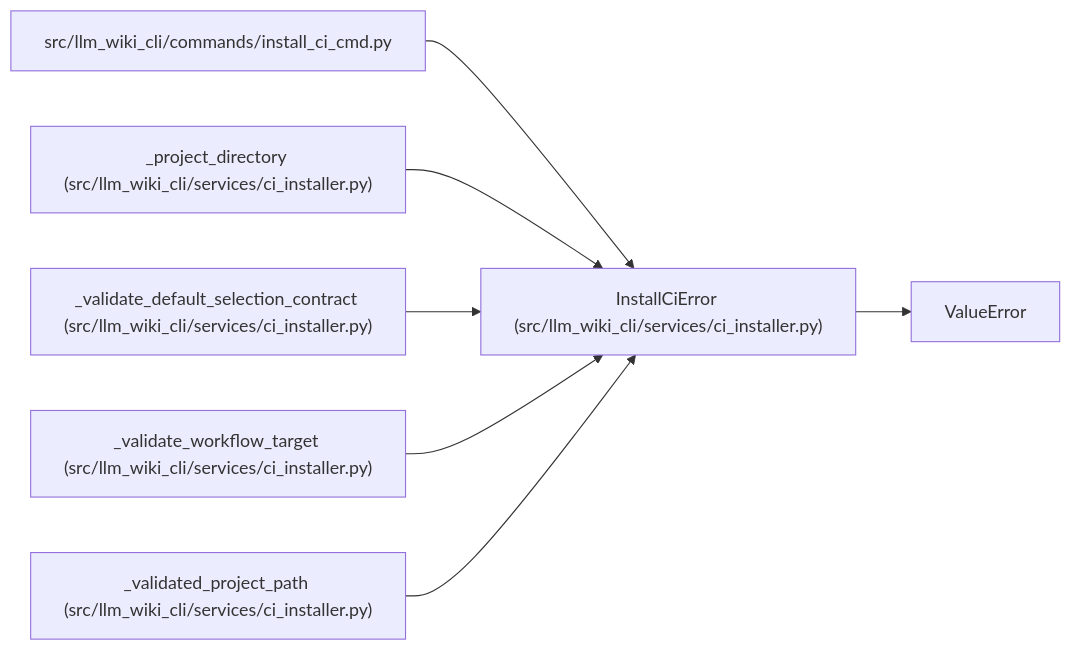
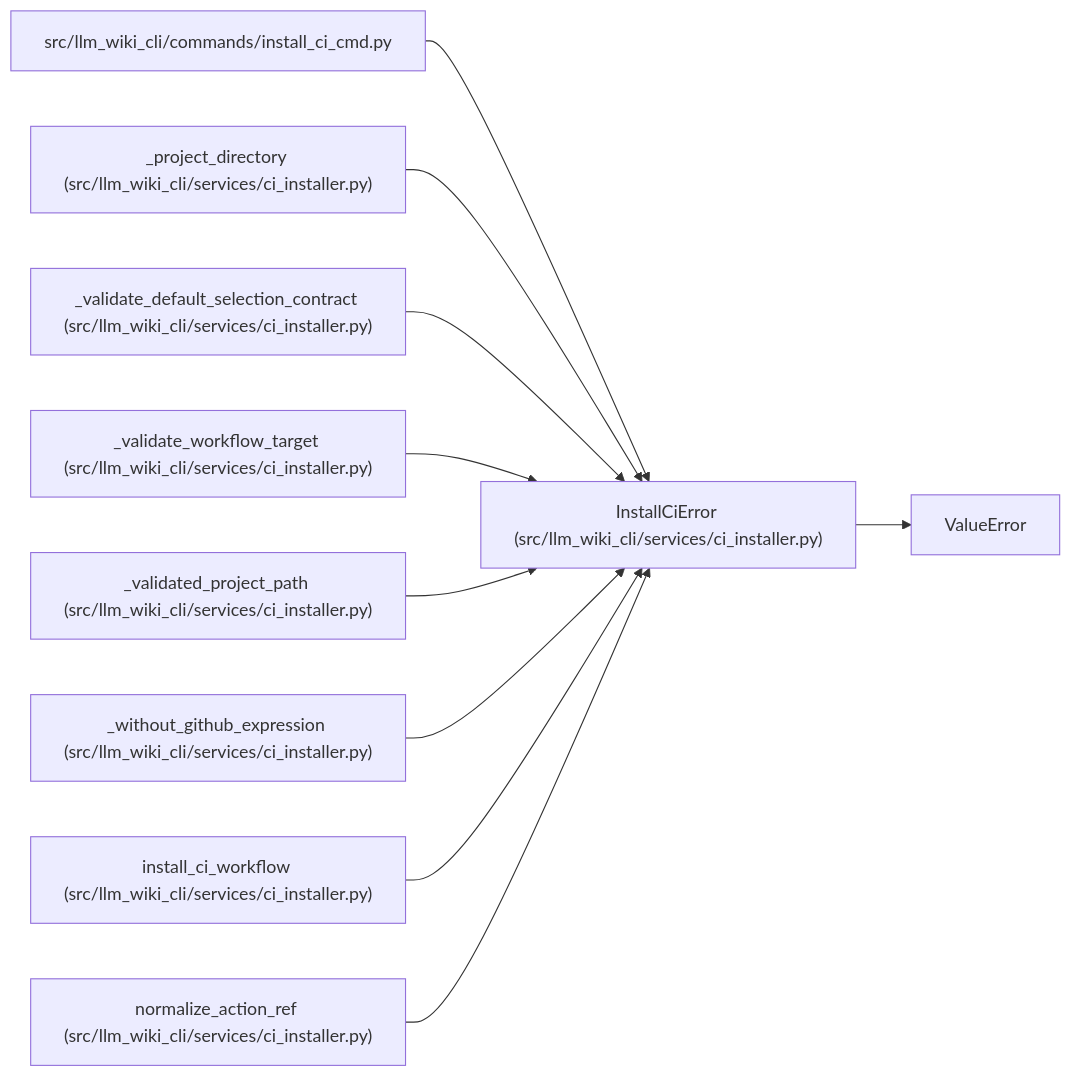
Before and after one commit to Denissvgn/python-wiki-llm: the diagram in docs/llm_wiki/entities/InstallCiError.md, drawn with Mermaid. The commit also changed other lines of this file and 493 other files, not shown here.

````diff
--- a/docs/llm_wiki/entities/InstallCiError.md
+++ b/docs/llm_wiki/entities/InstallCiError.md
@@ -23,22 +23,31 @@
 ```mermaid
 flowchart LR
     n0["InstallCiError (src/llm_wiki_cli/services/ci_installer.py)"]
     n1["ValueError"]
     n2["src/llm_wiki_cli/commands/install_ci_cmd.py"]
     n3["_project_directory (src/llm_wiki_cli/services/ci_installer.py)"]
     n4["_validate_default_selection_contract (src/llm_wiki_cli/services/ci_installer.py)"]
     n5["_validate_workflow_target (src/llm_wiki_cli/services/ci_installer.py)"]
     n6["_validated_project_path (src/llm_wiki_cli/services/ci_installer.py)"]
+    n7["_without_github_expression (src/llm_wiki_cli/services/ci_installer.py)"]
+    n8["install_ci_workflow (src/llm_wiki_cli/services/ci_installer.py)"]
+    n9["normalize_action_ref (src/llm_wiki_cli/services/ci_installer.py)"]
     n0 --> n1
     n2 --> n0
     n3 --> n0
     n4 --> n0
     n5 --> n0
     n6 --> n0
+    n7 --> n0
+    n8 --> n0
+    n9 --> n0
     click n0 "../modules/ci_installer.md"
     click n2 "../modules/install_ci_cmd.md"
     click n3 "../modules/ci_installer.md"
     click n4 "../modules/ci_installer.md"
     click n5 "../modules/ci_installer.md"
     click n6 "../modules/ci_installer.md"
+    click n7 "../modules/ci_installer.md"
+    click n8 "../modules/ci_installer.md"
+    click n9 "../modules/ci_installer.md"
 ```
````
